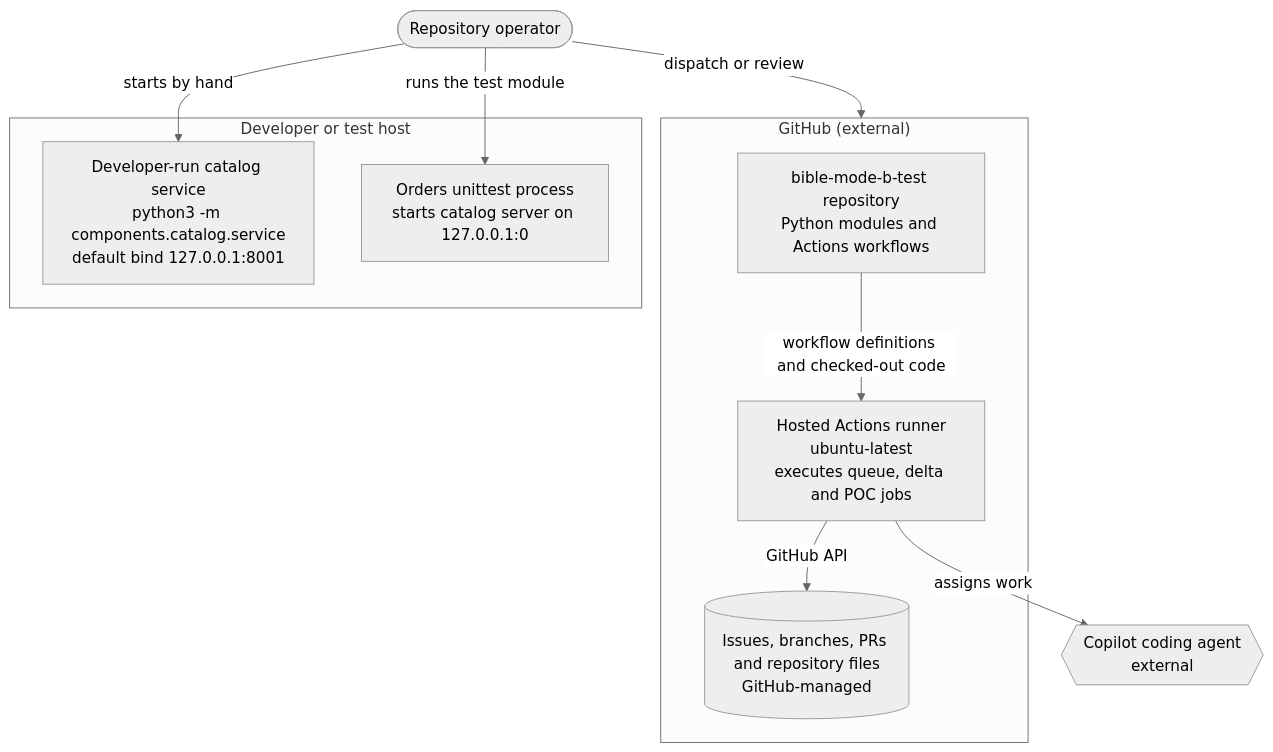
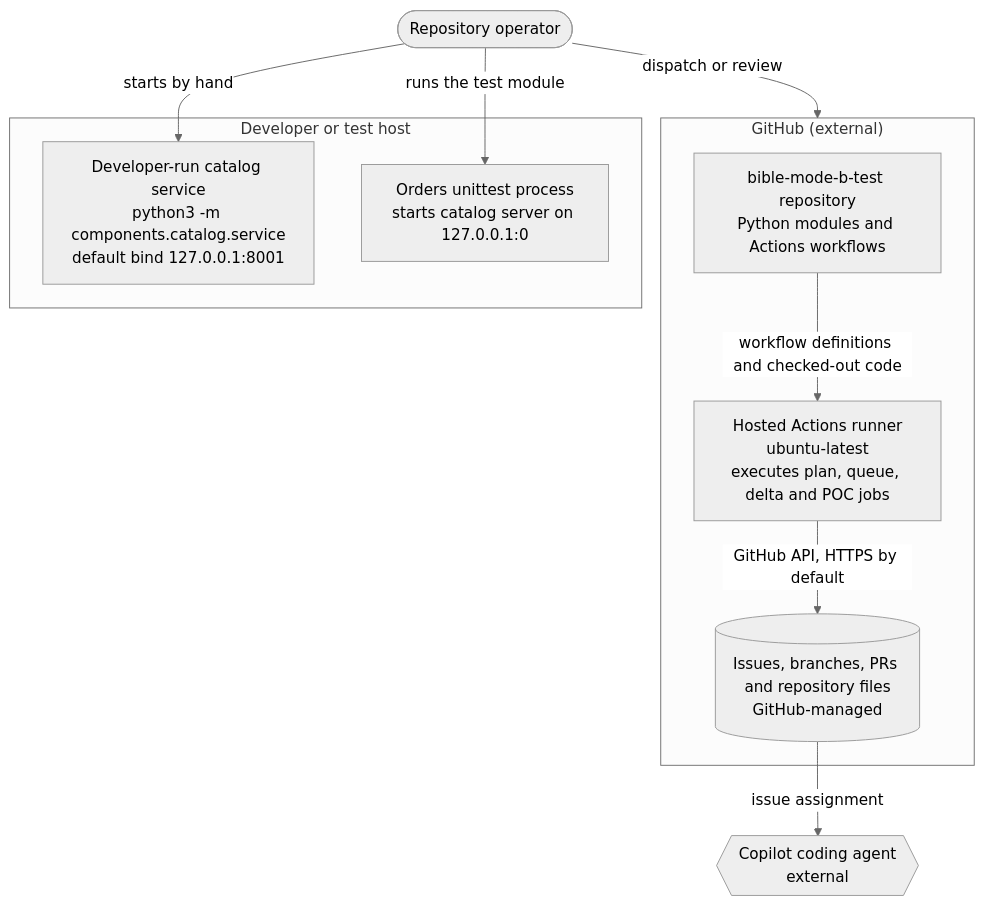
One commit to vishalc412/bible-mode-b-test changed the second of 2 diagrams in codebase-analysis/hld/02-architecture.md. Above: the diagram before and after it, drawn with Mermaid (neutral theme). The commit also changed other lines of this file and 38 other files, not shown here.

````diff
--- a/codebase-analysis/hld/02-architecture.md
+++ b/codebase-analysis/hld/02-architecture.md
@@ -85,20 +92,20 @@
 ```mermaid
 flowchart TB
   operator(["Repository operator"])
   subgraph github["GitHub (external)"]
     repo["bible-mode-b-test repository<br/>Python modules and Actions workflows"]
-    runner["Hosted Actions runner<br/>ubuntu-latest<br/>executes queue, delta and POC jobs"]
+    runner["Hosted Actions runner<br/>ubuntu-latest<br/>executes plan, queue, delta and POC jobs"]
     issues[("Issues, branches, PRs and repository files<br/>GitHub-managed")]
   end
   subgraph local["Developer or test host"]
     catalogdev["Developer-run catalog service<br/>python3 -m components.catalog.service<br/>default bind 127.0.0.1:8001"]
     testprocess["Orders unittest process<br/>starts catalog server on 127.0.0.1:0"]
   end
   copilot{{"Copilot coding agent<br/>external"}}
   operator -->|"dispatch or review"| github
   operator -->|"starts by hand"| catalogdev
   operator -->|"runs the test module"| testprocess
   repo -->|"workflow definitions and checked-out code"| runner
-  runner -->|"GitHub API"| issues
-  runner -->|"assigns work"| copilot
+  runner -->|"GitHub API, HTTPS by default"| issues
+  issues -->|"issue assignment"| copilot
 ```
````
